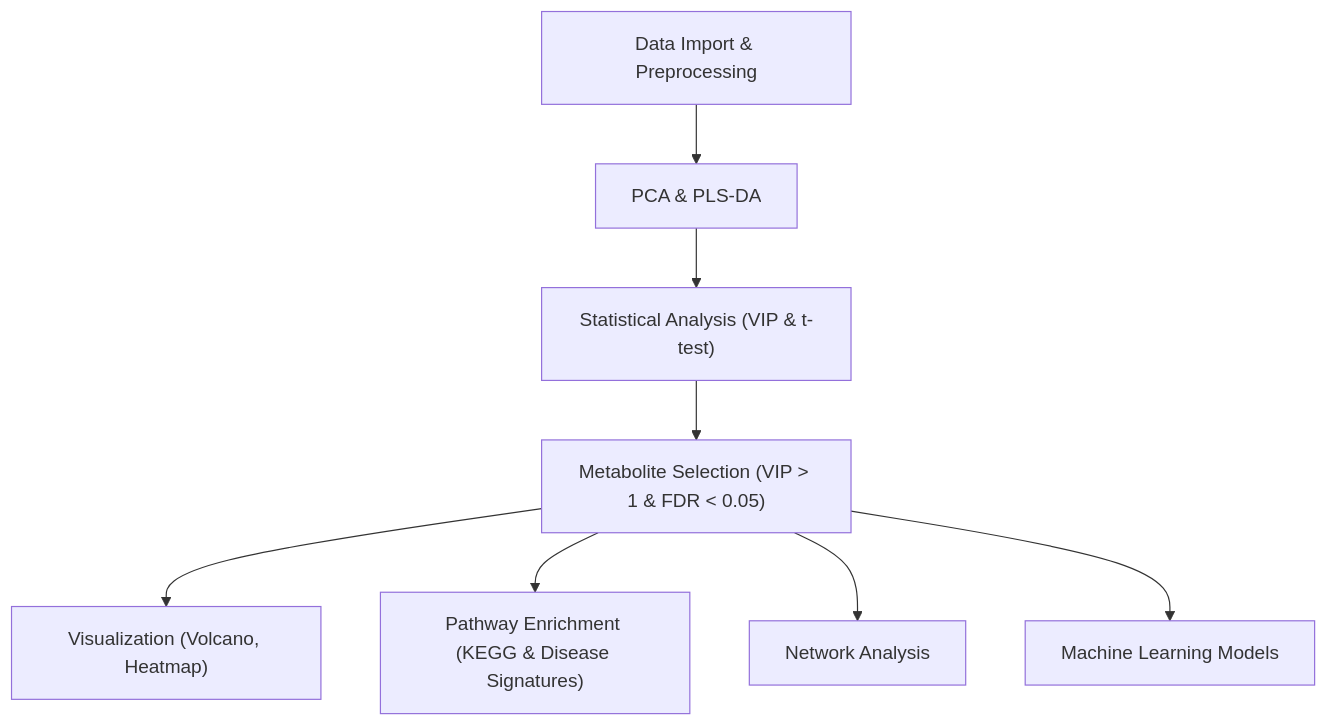
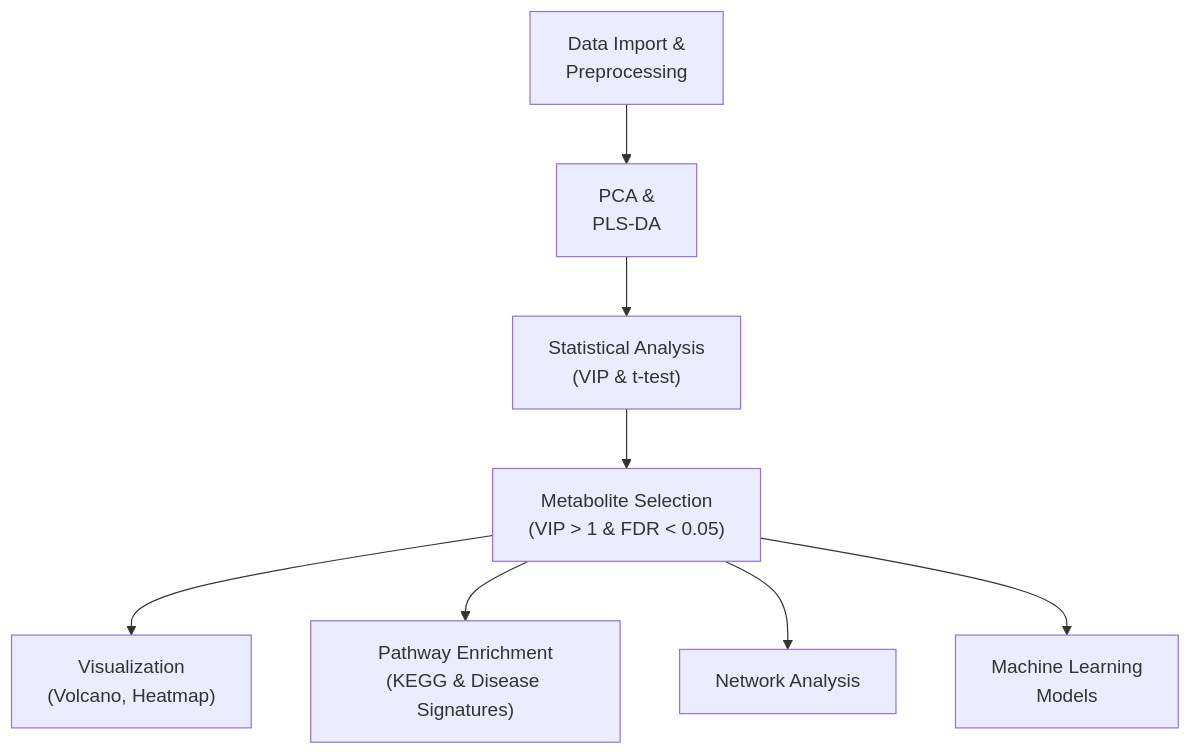
Before and after one commit to tadiwosgetachew/Metabolomics: the diagram in README.md, drawn with Mermaid. The commit also changed other lines of this file, not shown here.

Commit message:
Targeted metabolomics CRC (LC-MS) pipeline and results

````diff
--- a/README.md
+++ b/README.md
@@ -28,10 +28,10 @@
 ```mermaid
 graph TD
-  A[Data Import & Preprocessing] --> B[PCA & PLS-DA]
-  B --> C["Statistical Analysis (VIP & t-test)"]
-  C --> D["Metabolite Selection (VIP > 1 & FDR < 0.05)"]
-  D --> E["Visualization (Volcano, Heatmap)"]
-  D --> F["Pathway Enrichment (KEGG & Disease Signatures)"]
+  A[Data Import &<br>Preprocessing] --> B[PCA &<br>PLS-DA]
+  B --> C["Statistical Analysis<br>(VIP & t-test)"]
+  C --> D["Metabolite Selection<br>(VIP > 1 & FDR < 0.05)"]
+  D --> E["Visualization<br>(Volcano, Heatmap)"]
+  D --> F["Pathway Enrichment<br>(KEGG & Disease Signatures)"]
   D --> G["Network Analysis"]
-  D --> H["Machine Learning Models"]
+  D --> H["Machine Learning<br>Models"]
 ```
````
